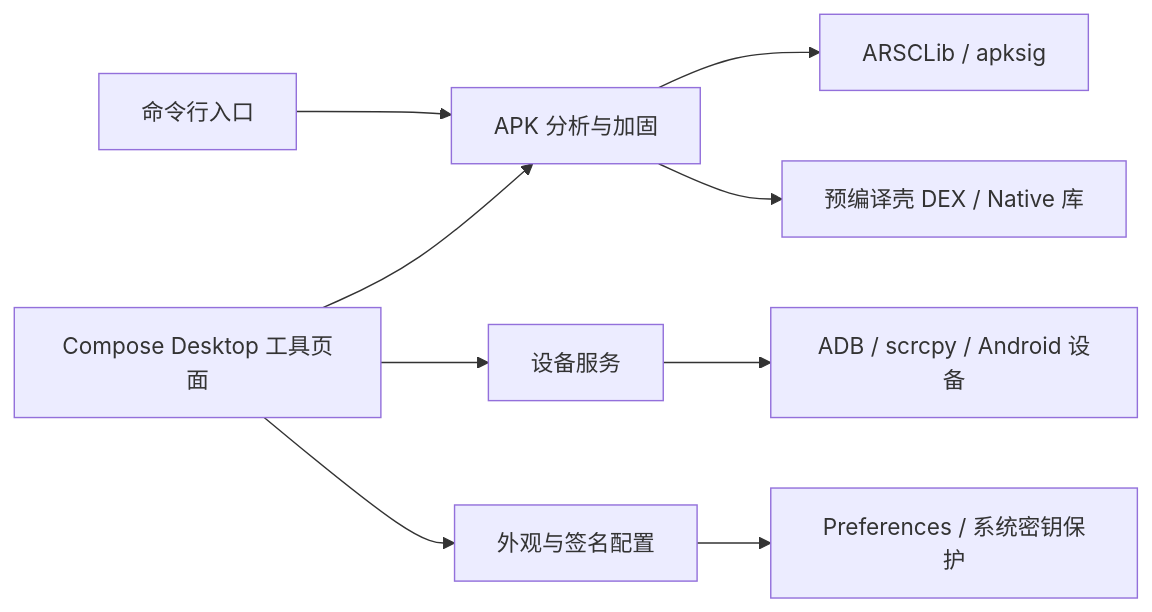
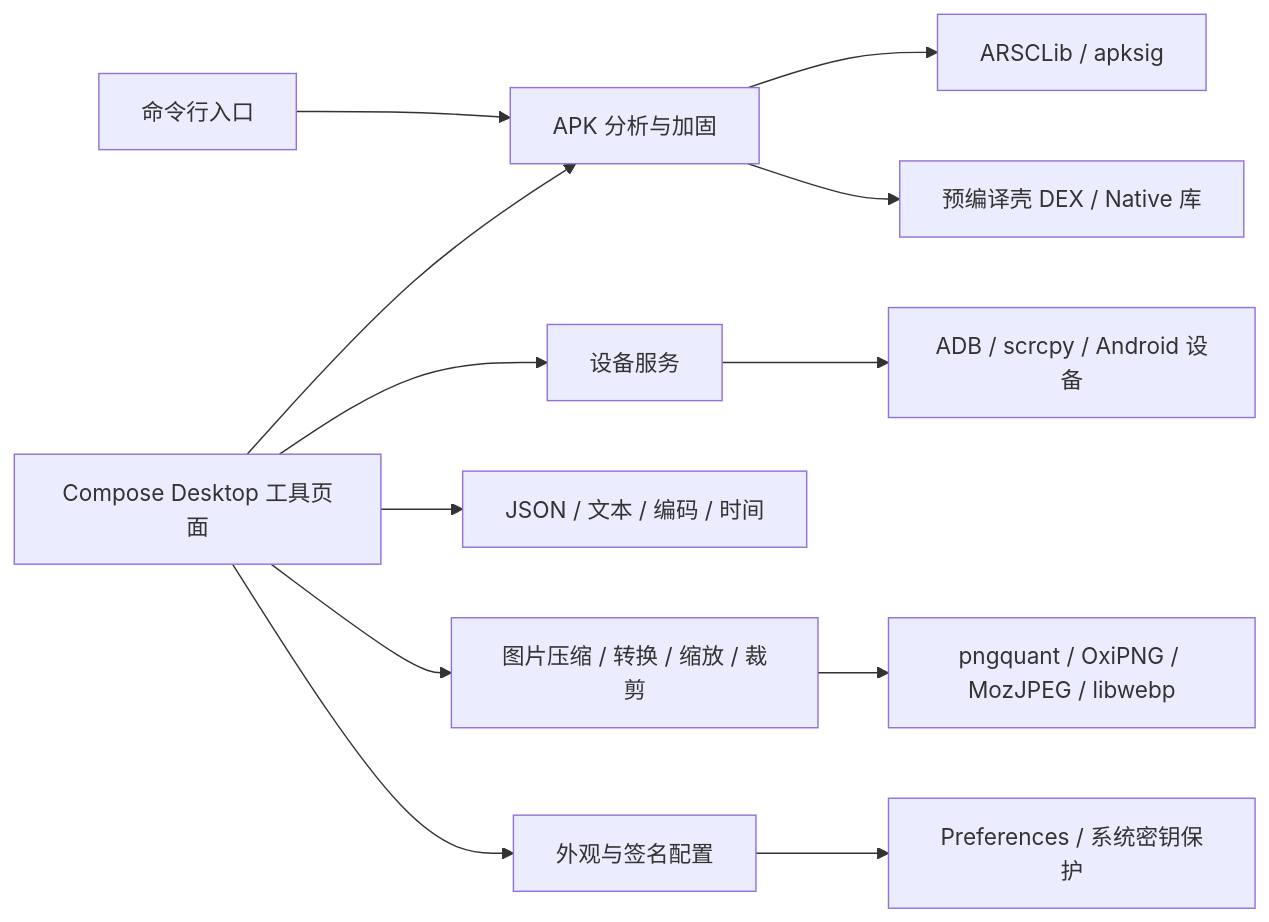
Before and after one commit to dbmzn/ApkHarden: the diagram in README.md, drawn with Mermaid. The commit also changed other lines of this file, not shown here.

Commit message:
docs: 更新工具箱定位与图片功能使用说明

````diff
--- a/README.md
+++ b/README.md
@@ -380,11 +424,14 @@
 ```mermaid
 flowchart LR
     UI[Compose Desktop 工具页面] --> APK[APK 分析与加固]
     UI --> ADB[设备服务]
+    UI --> DATA[JSON / 文本 / 编码 / 时间]
+    UI --> IMAGE[图片压缩 / 转换 / 缩放 / 裁剪]
     UI --> SETTINGS[外观与签名配置]
     CLI[命令行入口] --> APK
     APK --> LIB[ARSCLib / apksig]
     APK --> SHELL[预编译壳 DEX / Native 库]
     ADB --> DEVICE[ADB / scrcpy / Android 设备]
+    IMAGE --> ENGINES[pngquant / OxiPNG / MozJPEG / libwebp]
     SETTINGS --> PREFS[Preferences / 系统密钥保护]
 ```
````
